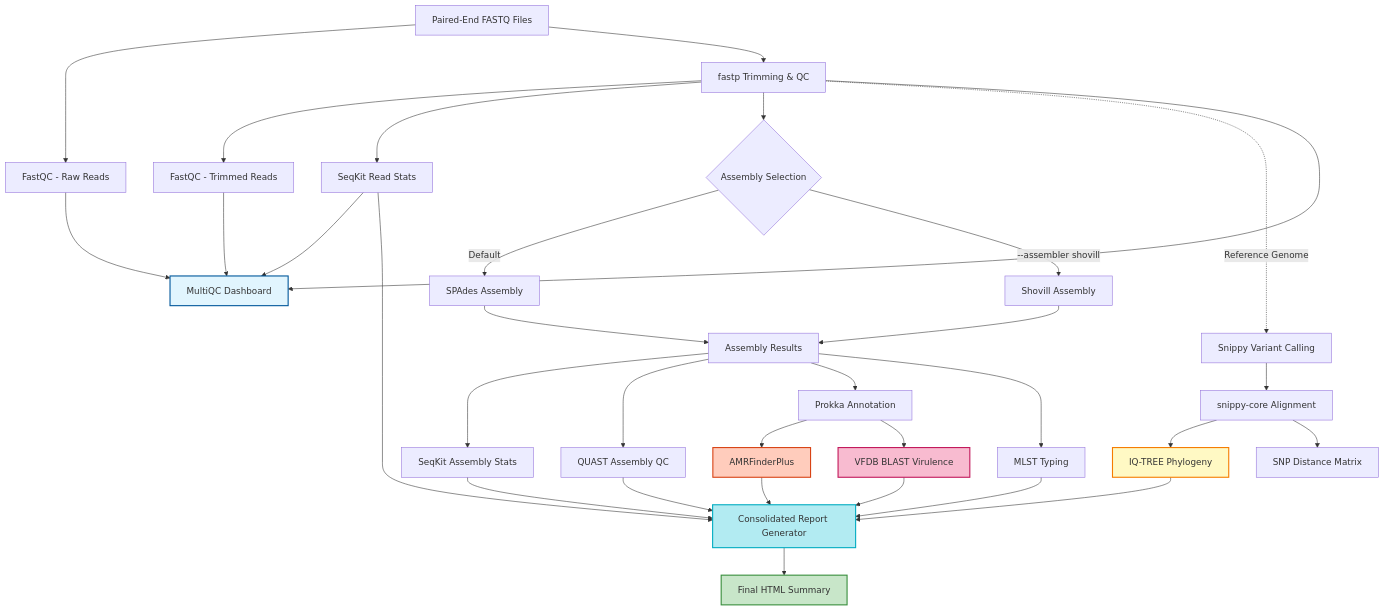
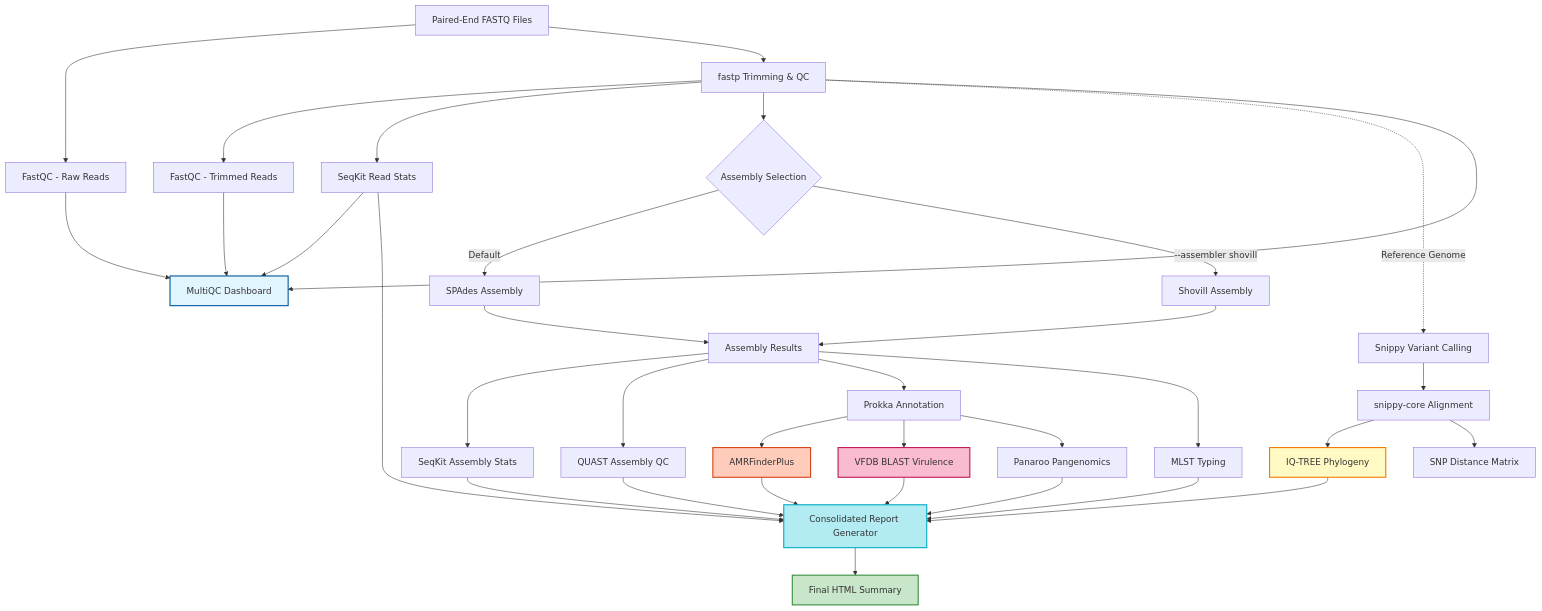
One commit to cerorziks/bacterial-genome-pipeline changed the diagram in README.md. Above: the diagram before and after it, drawn with Mermaid. The commit also changed other lines of this file and 7 other files, not shown here.

Commit message:
Integrate Panaroo for Pangenomics analysis and update consolidated report with population metrics

````diff
--- a/README.md
+++ b/README.md
@@ -23,57 +24,60 @@
 ```mermaid
 graph TD
     A[Paired-End FASTQ Files] --> B[FastQC - Raw Reads]
     A --> C[fastp Trimming & QC]
     
     C --> D[FastQC - Trimmed Reads]
     C --> S1[SeqKit Read Stats]
     C --> E{Assembly Selection}
     
     E -- Default --> E1[SPAdes Assembly]
     E -- "--assembler shovill" --> E2[Shovill Assembly]
     
     E1 --> F[Assembly Results]
     E2 --> F
     
     F --> S2[SeqKit Assembly Stats]
     F --> G[QUAST Assembly QC]
     F --> H[Prokka Annotation]
     F --> I[MLST Typing]
     
     H --> J[AMRFinderPlus]
     H --> K[VFDB BLAST Virulence]
     
     C -.Reference Genome.-> L[Snippy Variant Calling]
     L --> M[snippy-core Alignment]
     M --> N[IQ-TREE Phylogeny]
     M --> P[SNP Distance Matrix]
     
     B --> MQC[MultiQC Dashboard]
     D --> MQC
     C --> MQC
     S1 --> MQC
     
+    H --> PAN[Panaroo Pangenomics]
+    
     BS[Consolidated Report Generator]
     
     S1 --> BS
     S2 --> BS
     G --> BS
     J --> BS
     I --> BS
     K --> BS
     N --> BS
+    PAN --> BS
     
     BS --> Q[Final HTML Summary]
     
     style Q fill:#c8e6c9,stroke:#388e3c,stroke-width:2px
     style N fill:#fff9c4,stroke:#f57c00,stroke-width:2px
     style J fill:#ffccbc,stroke:#d84315,stroke-width:2px
     style K fill:#f8bbd0,stroke:#c2185b,stroke-width:2px
     style BS fill:#b2ebf2,stroke:#00acc1,stroke-width:2px
     style MQC fill:#e1f5fe,stroke:#01579b,stroke-width:2px
     style Q fill:#c8e6c9,stroke:#388e3c,stroke-width:2px
     style N fill:#fff9c4,stroke:#f57c00,stroke-width:2px
     style J fill:#ffccbc,stroke:#d84315,stroke-width:2px
     style K fill:#f8bbd0,stroke:#c2185b,stroke-width:2px
     style BS fill:#b2ebf2,stroke:#00acc1,stroke-width:2px
 ```
````
